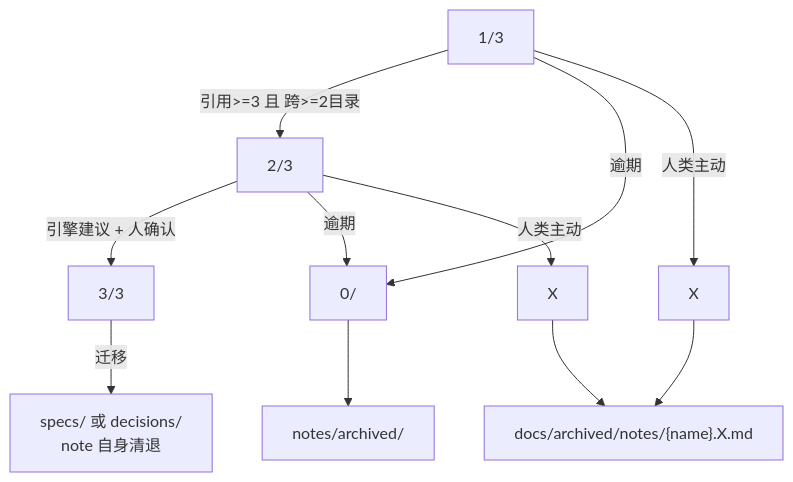
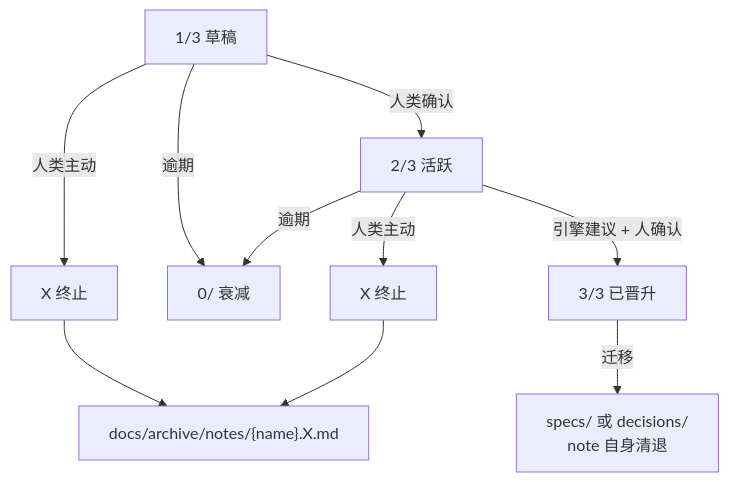
One commit to sgmov/sihankor changed the first of 3 diagrams in docs/specs/engineering/SiHankor-Document-Conventions.sih.md. Above: the diagram before and after it, drawn with Mermaid. The commit also changed other lines of this file and 24 other files, not shown here.

````diff
--- a/docs/specs/engineering/SiHankor-Document-Conventions.sih.md
+++ b/docs/specs/engineering/SiHankor-Document-Conventions.sih.md
@@ -260,13 +281,12 @@
 ```mermaid
 flowchart TD
-    DRAFT["1/3"] -->|"引用>=3 且 跨>=2目录"| MATURED["2/3"]
-    MATURED -->|"引擎建议 + 人确认"| PROMOTED["3/3"]
+    DRAFT["1/3 草稿"] -->|"人类确认"| ACTIVE["2/3 活跃"]
+    ACTIVE -->|"引擎建议 + 人确认"| PROMOTED["3/3 已晋升"]
     PROMOTED -->|"迁移"| CLEAR["specs/ 或 decisions/<br/>note 自身清退"]
-    DRAFT -->|"逾期"| DECAYED["0/"]
-    MATURED -->|"逾期"| DECAYED
-    DECAYED --> ARCHIVE1["notes/archived/"]
-    DRAFT -->|"人类主动"| X1["X"]
-    MATURED -->|"人类主动"| X2["X"]
-    X1 --> ARCHIVE2["docs/archived/notes/{name}.X.md"]
-    X2 --> ARCHIVE2
+    DRAFT -->|"逾期"| DECAYED["0/ 衰减"]
+    ACTIVE -->|"逾期"| DECAYED
+    DRAFT -->|"人类主动"| X1["X 终止"]
+    ACTIVE -->|"人类主动"| X2["X 终止"]
+    X1 --> ARCHIVE["docs/archive/notes/{name}.X.md"]
+    X2 --> ARCHIVE
 ```
````
